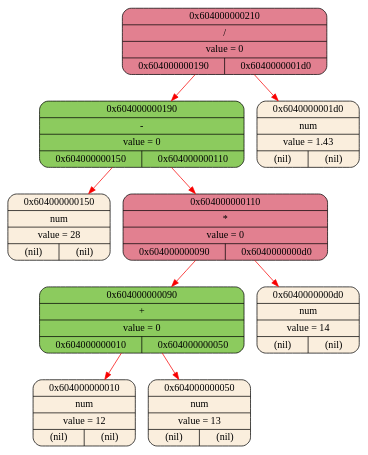
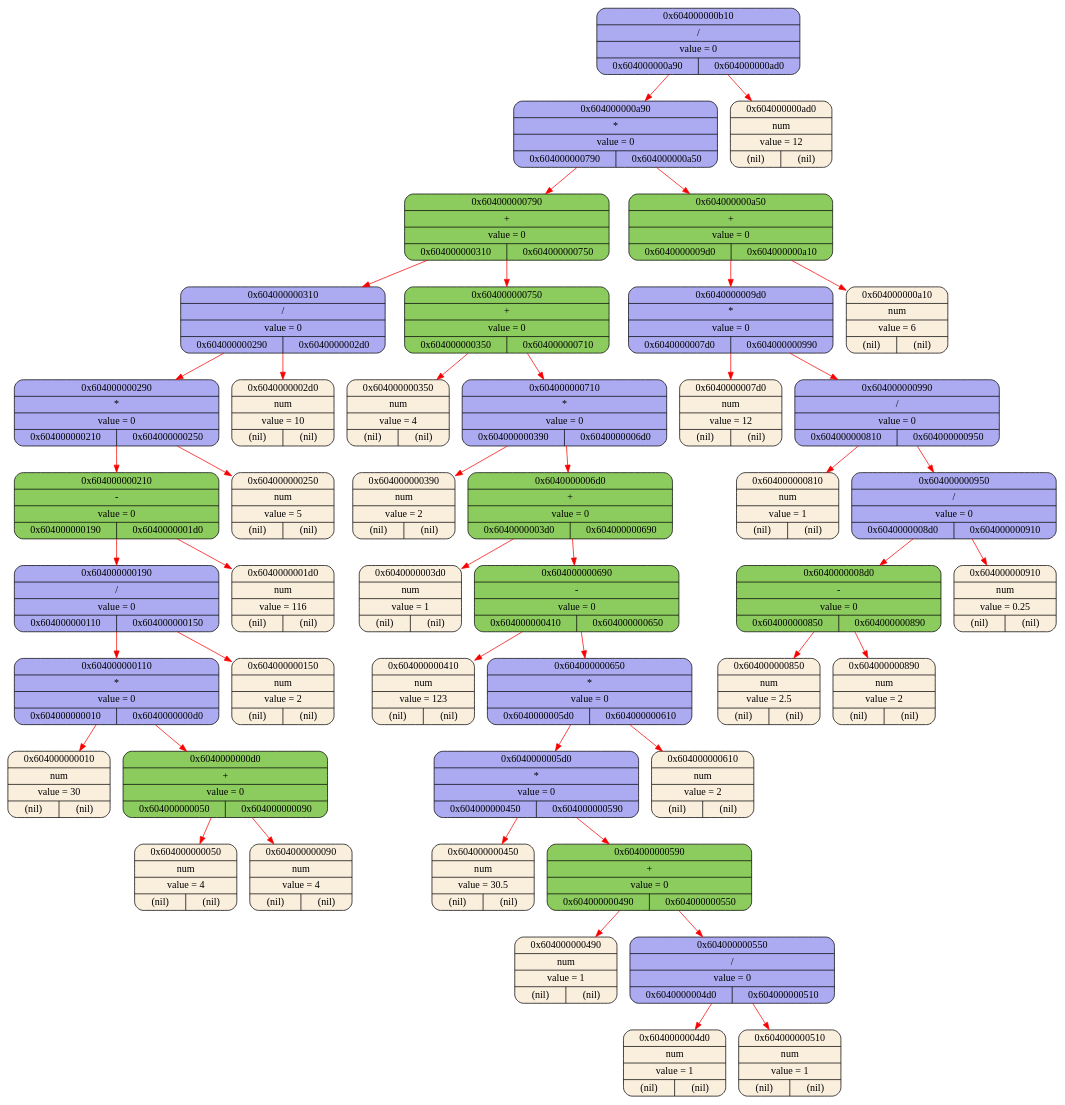
Before and after one commit to 2APetrin/differentiator: the diagram in logs/log_graphviz.dot, drawn with Graphviz. The commit also changed 20 other files, not shown here.

```diff
--- a/logs/log_graphviz.dot
+++ b/logs/log_graphviz.dot
@@ -1,20 +1,92 @@
 digraph
 {
-    node_0x604000000150[shape = Mrecord, label = "{{0x604000000150} | {num} | {value = 28} | {(nil) | (nil)}}", style = "filled", fillcolor = "#FAEEDD"];
-    node_0x604000000010[shape = Mrecord, label = "{{0x604000000010} | {num} | {value = 12} | {(nil) | (nil)}}", style = "filled", fillcolor = "#FAEEDD"];
-    node_0x604000000050[shape = Mrecord, label = "{{0x604000000050} | {num} | {value = 13} | {(nil) | (nil)}}", style = "filled", fillcolor = "#FAEEDD"];
-    node_0x604000000090[shape = Mrecord, label = "{{0x604000000090} | {+} | {value = 0} | {0x604000000010 | 0x604000000050}}", style = "filled", fillcolor = "#8CCB5E"];
-    node_0x6040000000d0[shape = Mrecord, label = "{{0x6040000000d0} | {num} | {value = 14} | {(nil) | (nil)}}", style = "filled", fillcolor = "#FAEEDD"];
-    node_0x604000000110[shape = Mrecord, label = "{{0x604000000110} | {*} | {value = 0} | {0x604000000090 | 0x6040000000d0}}", style = "filled", fillcolor = "#E28090"];
-    node_0x604000000190[shape = Mrecord, label = "{{0x604000000190} | {-} | {value = 0} | {0x604000000150 | 0x604000000110}}", style = "filled", fillcolor = "#8CCB5E"];
-    node_0x6040000001d0[shape = Mrecord, label = "{{0x6040000001d0} | {num} | {value = 1.43} | {(nil) | (nil)}}", style = "filled", fillcolor = "#FAEEDD"];
-    node_0x604000000210[shape = Mrecord, label = "{{0x604000000210} | {/} | {value = 0} | {0x604000000190 | 0x6040000001d0}}", style = "filled", fillcolor = "#E28090"];
+    node_0x604000000010[shape = Mrecord, label = "{{0x604000000010} | {num} | {value = 30} | {(nil)|(nil)}}", style = "filled", fillcolor = "#FAEEDD"];
+    node_0x604000000050[shape = Mrecord, label = "{{0x604000000050} | {num} | {value = 4} | {(nil)|(nil)}}", style = "filled", fillcolor = "#FAEEDD"];
+    node_0x604000000090[shape = Mrecord, label = "{{0x604000000090} | {num} | {value = 4} | {(nil)|(nil)}}", style = "filled", fillcolor = "#FAEEDD"];
+    node_0x6040000000d0[shape = Mrecord, label = "{{0x6040000000d0} | {+} | {value = 0} | {0x604000000050|0x604000000090}}", style = "filled", fillcolor = "#8CCB5E"];
+    node_0x604000000110[shape = Mrecord, label = "{{0x604000000110} | {*} | {value = 0} | {0x604000000010|0x6040000000d0}}", style = "filled", fillcolor = "#ACABF2"];
+    node_0x604000000150[shape = Mrecord, label = "{{0x604000000150} | {num} | {value = 2} | {(nil)|(nil)}}", style = "filled", fillcolor = "#FAEEDD"];
+    node_0x604000000190[shape = Mrecord, label = "{{0x604000000190} | {/} | {value = 0} | {0x604000000110|0x604000000150}}", style = "filled", fillcolor = "#ACABF2"];
+    node_0x6040000001d0[shape = Mrecord, label = "{{0x6040000001d0} | {num} | {value = 116} | {(nil)|(nil)}}", style = "filled", fillcolor = "#FAEEDD"];
+    node_0x604000000210[shape = Mrecord, label = "{{0x604000000210} | {-} | {value = 0} | {0x604000000190|0x6040000001d0}}", style = "filled", fillcolor = "#8CCB5E"];
+    node_0x604000000250[shape = Mrecord, label = "{{0x604000000250} | {num} | {value = 5} | {(nil)|(nil)}}", style = "filled", fillcolor = "#FAEEDD"];
+    node_0x604000000290[shape = Mrecord, label = "{{0x604000000290} | {*} | {value = 0} | {0x604000000210|0x604000000250}}", style = "filled", fillcolor = "#ACABF2"];
+    node_0x6040000002d0[shape = Mrecord, label = "{{0x6040000002d0} | {num} | {value = 10} | {(nil)|(nil)}}", style = "filled", fillcolor = "#FAEEDD"];
+    node_0x604000000310[shape = Mrecord, label = "{{0x604000000310} | {/} | {value = 0} | {0x604000000290|0x6040000002d0}}", style = "filled", fillcolor = "#ACABF2"];
+    node_0x604000000350[shape = Mrecord, label = "{{0x604000000350} | {num} | {value = 4} | {(nil)|(nil)}}", style = "filled", fillcolor = "#FAEEDD"];
+    node_0x604000000390[shape = Mrecord, label = "{{0x604000000390} | {num} | {value = 2} | {(nil)|(nil)}}", style = "filled", fillcolor = "#FAEEDD"];
+    node_0x6040000003d0[shape = Mrecord, label = "{{0x6040000003d0} | {num} | {value = 1} | {(nil)|(nil)}}", style = "filled", fillcolor = "#FAEEDD"];
+    node_0x604000000410[shape = Mrecord, label = "{{0x604000000410} | {num} | {value = 123} | {(nil)|(nil)}}", style = "filled", fillcolor = "#FAEEDD"];
+    node_0x604000000450[shape = Mrecord, label = "{{0x604000000450} | {num} | {value = 30.5} | {(nil)|(nil)}}", style = "filled", fillcolor = "#FAEEDD"];
+    node_0x604000000490[shape = Mrecord, label = "{{0x604000000490} | {num} | {value = 1} | {(nil)|(nil)}}", style = "filled", fillcolor = "#FAEEDD"];
+    node_0x6040000004d0[shape = Mrecord, label = "{{0x6040000004d0} | {num} | {value = 1} | {(nil)|(nil)}}", style = "filled", fillcolor = "#FAEEDD"];
+    node_0x604000000510[shape = Mrecord, label = "{{0x604000000510} | {num} | {value = 1} | {(nil)|(nil)}}", style = "filled", fillcolor = "#FAEEDD"];
+    node_0x604000000550[shape = Mrecord, label = "{{0x604000000550} | {/} | {value = 0} | {0x6040000004d0|0x604000000510}}", style = "filled", fillcolor = "#ACABF2"];
+    node_0x604000000590[shape = Mrecord, label = "{{0x604000000590} | {+} | {value = 0} | {0x604000000490|0x604000000550}}", style = "filled", fillcolor = "#8CCB5E"];
+    node_0x6040000005d0[shape = Mrecord, label = "{{0x6040000005d0} | {*} | {value = 0} | {0x604000000450|0x604000000590}}", style = "filled", fillcolor = "#ACABF2"];
+    node_0x604000000610[shape = Mrecord, label = "{{0x604000000610} | {num} | {value = 2} | {(nil)|(nil)}}", style = "filled", fillcolor = "#FAEEDD"];
+    node_0x604000000650[shape = Mrecord, label = "{{0x604000000650} | {*} | {value = 0} | {0x6040000005d0|0x604000000610}}", style = "filled", fillcolor = "#ACABF2"];
+    node_0x604000000690[shape = Mrecord, label = "{{0x604000000690} | {-} | {value = 0} | {0x604000000410|0x604000000650}}", style = "filled", fillcolor = "#8CCB5E"];
+    node_0x6040000006d0[shape = Mrecord, label = "{{0x6040000006d0} | {+} | {value = 0} | {0x6040000003d0|0x604000000690}}", style = "filled", fillcolor = "#8CCB5E"];
+    node_0x604000000710[shape = Mrecord, label = "{{0x604000000710} | {*} | {value = 0} | {0x604000000390|0x6040000006d0}}", style = "filled", fillcolor = "#ACABF2"];
+    node_0x604000000750[shape = Mrecord, label = "{{0x604000000750} | {+} | {value = 0} | {0x604000000350|0x604000000710}}", style = "filled", fillcolor = "#8CCB5E"];
+    node_0x604000000790[shape = Mrecord, label = "{{0x604000000790} | {+} | {value = 0} | {0x604000000310|0x604000000750}}", style = "filled", fillcolor = "#8CCB5E"];
+    node_0x6040000007d0[shape = Mrecord, label = "{{0x6040000007d0} | {num} | {value = 12} | {(nil)|(nil)}}", style = "filled", fillcolor = "#FAEEDD"];
+    node_0x604000000810[shape = Mrecord, label = "{{0x604000000810} | {num} | {value = 1} | {(nil)|(nil)}}", style = "filled", fillcolor = "#FAEEDD"];
+    node_0x604000000850[shape = Mrecord, label = "{{0x604000000850} | {num} | {value = 2.5} | {(nil)|(nil)}}", style = "filled", fillcolor = "#FAEEDD"];
+    node_0x604000000890[shape = Mrecord, label = "{{0x604000000890} | {num} | {value = 2} | {(nil)|(nil)}}", style = "filled", fillcolor = "#FAEEDD"];
+    node_0x6040000008d0[shape = Mrecord, label = "{{0x6040000008d0} | {-} | {value = 0} | {0x604000000850|0x604000000890}}", style = "filled", fillcolor = "#8CCB5E"];
+    node_0x604000000910[shape = Mrecord, label = "{{0x604000000910} | {num} | {value = 0.25} | {(nil)|(nil)}}", style = "filled", fillcolor = "#FAEEDD"];
+    node_0x604000000950[shape = Mrecord, label = "{{0x604000000950} | {/} | {value = 0} | {0x6040000008d0|0x604000000910}}", style = "filled", fillcolor = "#ACABF2"];
+    node_0x604000000990[shape = Mrecord, label = "{{0x604000000990} | {/} | {value = 0} | {0x604000000810|0x604000000950}}", style = "filled", fillcolor = "#ACABF2"];
+    node_0x6040000009d0[shape = Mrecord, label = "{{0x6040000009d0} | {*} | {value = 0} | {0x6040000007d0|0x604000000990}}", style = "filled", fillcolor = "#ACABF2"];
+    node_0x604000000a10[shape = Mrecord, label = "{{0x604000000a10} | {num} | {value = 6} | {(nil)|(nil)}}", style = "filled", fillcolor = "#FAEEDD"];
+    node_0x604000000a50[shape = Mrecord, label = "{{0x604000000a50} | {+} | {value = 0} | {0x6040000009d0|0x604000000a10}}", style = "filled", fillcolor = "#8CCB5E"];
+    node_0x604000000a90[shape = Mrecord, label = "{{0x604000000a90} | {*} | {value = 0} | {0x604000000790|0x604000000a50}}", style = "filled", fillcolor = "#ACABF2"];
+    node_0x604000000ad0[shape = Mrecord, label = "{{0x604000000ad0} | {num} | {value = 12} | {(nil)|(nil)}}", style = "filled", fillcolor = "#FAEEDD"];
+    node_0x604000000b10[shape = Mrecord, label = "{{0x604000000b10} | {/} | {value = 0} | {0x604000000a90|0x604000000ad0}}", style = "filled", fillcolor = "#ACABF2"];
+    node_0x604000000b10->node_0x604000000a90 [color = "#F80000"];
+    node_0x604000000a90->node_0x604000000790 [color = "#F80000"];
+    node_0x604000000790->node_0x604000000310 [color = "#F80000"];
+    node_0x604000000310->node_0x604000000290 [color = "#F80000"];
+    node_0x604000000290->node_0x604000000210 [color = "#F80000"];
     node_0x604000000210->node_0x604000000190 [color = "#F80000"];
+    node_0x604000000190->node_0x604000000110 [color = "#F80000"];
+    node_0x604000000110->node_0x604000000010 [color = "#F80000"];
+    node_0x604000000110->node_0x6040000000d0 [color = "#F80000"];
+    node_0x6040000000d0->node_0x604000000050 [color = "#F80000"];
+    node_0x6040000000d0->node_0x604000000090 [color = "#F80000"];
     node_0x604000000190->node_0x604000000150 [color = "#F80000"];
-    node_0x604000000190->node_0x604000000110 [color = "#F80000"];
-    node_0x604000000110->node_0x604000000090 [color = "#F80000"];
-    node_0x604000000090->node_0x604000000010 [color = "#F80000"];
-    node_0x604000000090->node_0x604000000050 [color = "#F80000"];
-    node_0x604000000110->node_0x6040000000d0 [color = "#F80000"];
     node_0x604000000210->node_0x6040000001d0 [color = "#F80000"];
+    node_0x604000000290->node_0x604000000250 [color = "#F80000"];
+    node_0x604000000310->node_0x6040000002d0 [color = "#F80000"];
+    node_0x604000000790->node_0x604000000750 [color = "#F80000"];
+    node_0x604000000750->node_0x604000000350 [color = "#F80000"];
+    node_0x604000000750->node_0x604000000710 [color = "#F80000"];
+    node_0x604000000710->node_0x604000000390 [color = "#F80000"];
+    node_0x604000000710->node_0x6040000006d0 [color = "#F80000"];
+    node_0x6040000006d0->node_0x6040000003d0 [color = "#F80000"];
+    node_0x6040000006d0->node_0x604000000690 [color = "#F80000"];
+    node_0x604000000690->node_0x604000000410 [color = "#F80000"];
+    node_0x604000000690->node_0x604000000650 [color = "#F80000"];
+    node_0x604000000650->node_0x6040000005d0 [color = "#F80000"];
+    node_0x6040000005d0->node_0x604000000450 [color = "#F80000"];
+    node_0x6040000005d0->node_0x604000000590 [color = "#F80000"];
+    node_0x604000000590->node_0x604000000490 [color = "#F80000"];
+    node_0x604000000590->node_0x604000000550 [color = "#F80000"];
+    node_0x604000000550->node_0x6040000004d0 [color = "#F80000"];
+    node_0x604000000550->node_0x604000000510 [color = "#F80000"];
+    node_0x604000000650->node_0x604000000610 [color = "#F80000"];
+    node_0x604000000a90->node_0x604000000a50 [color = "#F80000"];
+    node_0x604000000a50->node_0x6040000009d0 [color = "#F80000"];
+    node_0x6040000009d0->node_0x6040000007d0 [color = "#F80000"];
+    node_0x6040000009d0->node_0x604000000990 [color = "#F80000"];
+    node_0x604000000990->node_0x604000000810 [color = "#F80000"];
+    node_0x604000000990->node_0x604000000950 [color = "#F80000"];
+    node_0x604000000950->node_0x6040000008d0 [color = "#F80000"];
+    node_0x6040000008d0->node_0x604000000850 [color = "#F80000"];
+    node_0x6040000008d0->node_0x604000000890 [color = "#F80000"];
+    node_0x604000000950->node_0x604000000910 [color = "#F80000"];
+    node_0x604000000a50->node_0x604000000a10 [color = "#F80000"];
+    node_0x604000000b10->node_0x604000000ad0 [color = "#F80000"];
 }
```
